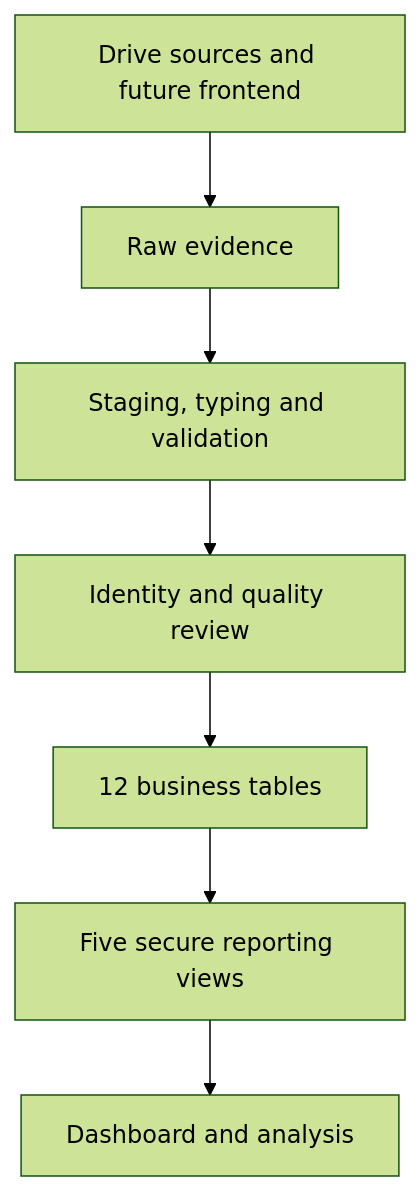
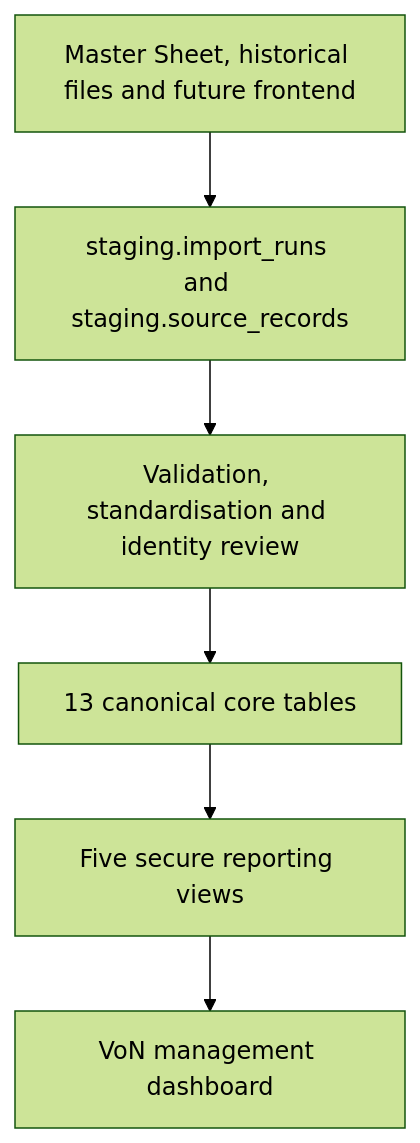
One commit to VoiceofNeedyFoundation/von-integrated-data-system changed the diagram in docs/data-architecture.md. Above: the diagram before and after it, drawn with Mermaid (forest theme). The commit also changed other lines of this file and 14 other files, not shown here.

````diff
--- a/docs/data-architecture.md
+++ b/docs/data-architecture.md
@@ -7,9 +5,8 @@
 ```mermaid
 flowchart TD
-    A["Drive sources and future frontend"] --> B["Raw evidence"]
-    B --> C["Staging, typing and validation"]
-    C --> D["Identity and quality review"]
-    D --> E["12 business tables"]
-    E --> F["Five secure reporting views"]
-    F --> G["Dashboard and analysis"]
+    A["Master Sheet, historical files and future frontend"] --> B["staging.import_runs and staging.source_records"]
+    B --> C["Validation, standardisation and identity review"]
+    C --> D["13 canonical core tables"]
+    D --> E["Five secure reporting views"]
+    E --> F["VoN management dashboard"]
 ```
````
